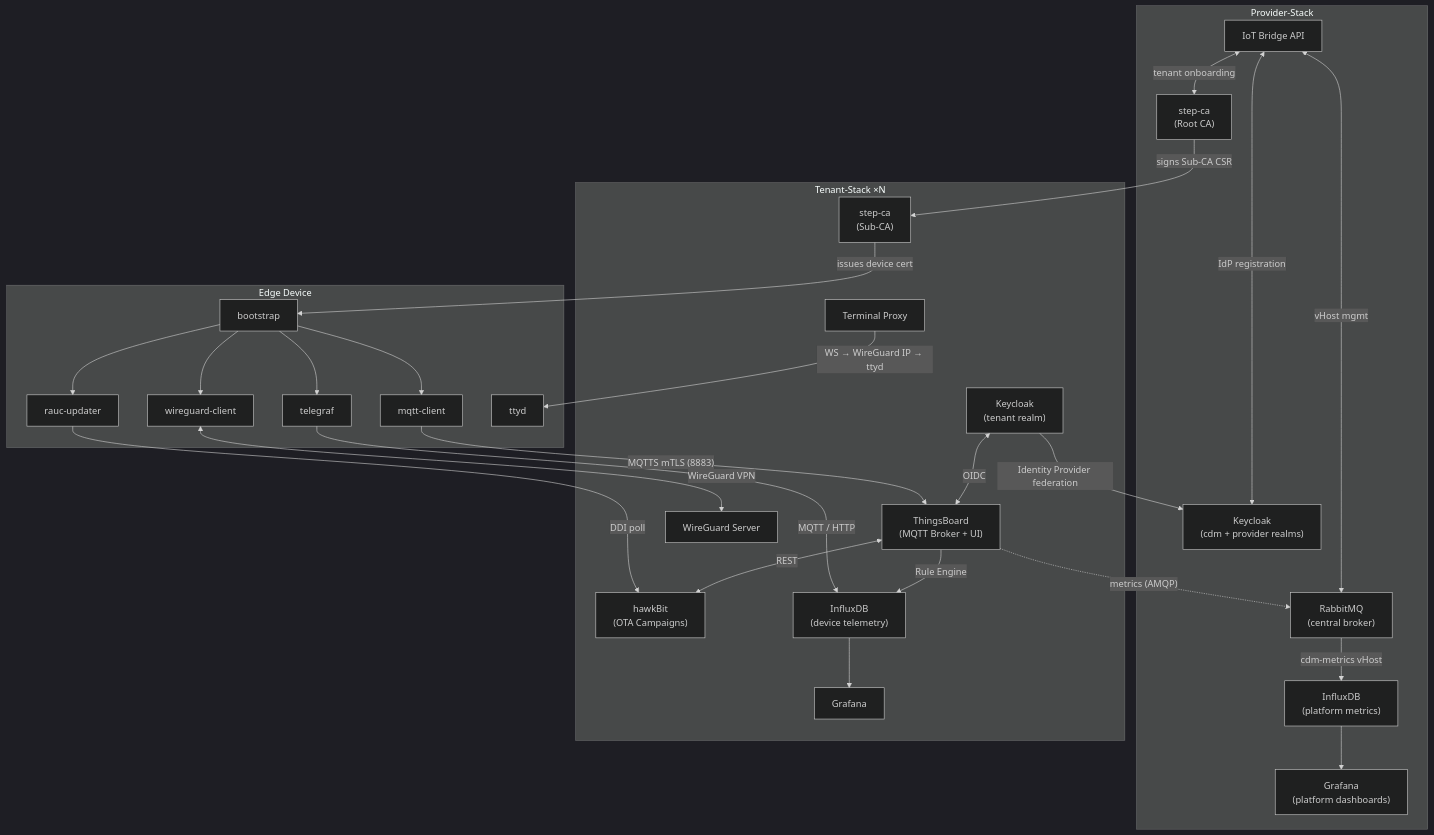
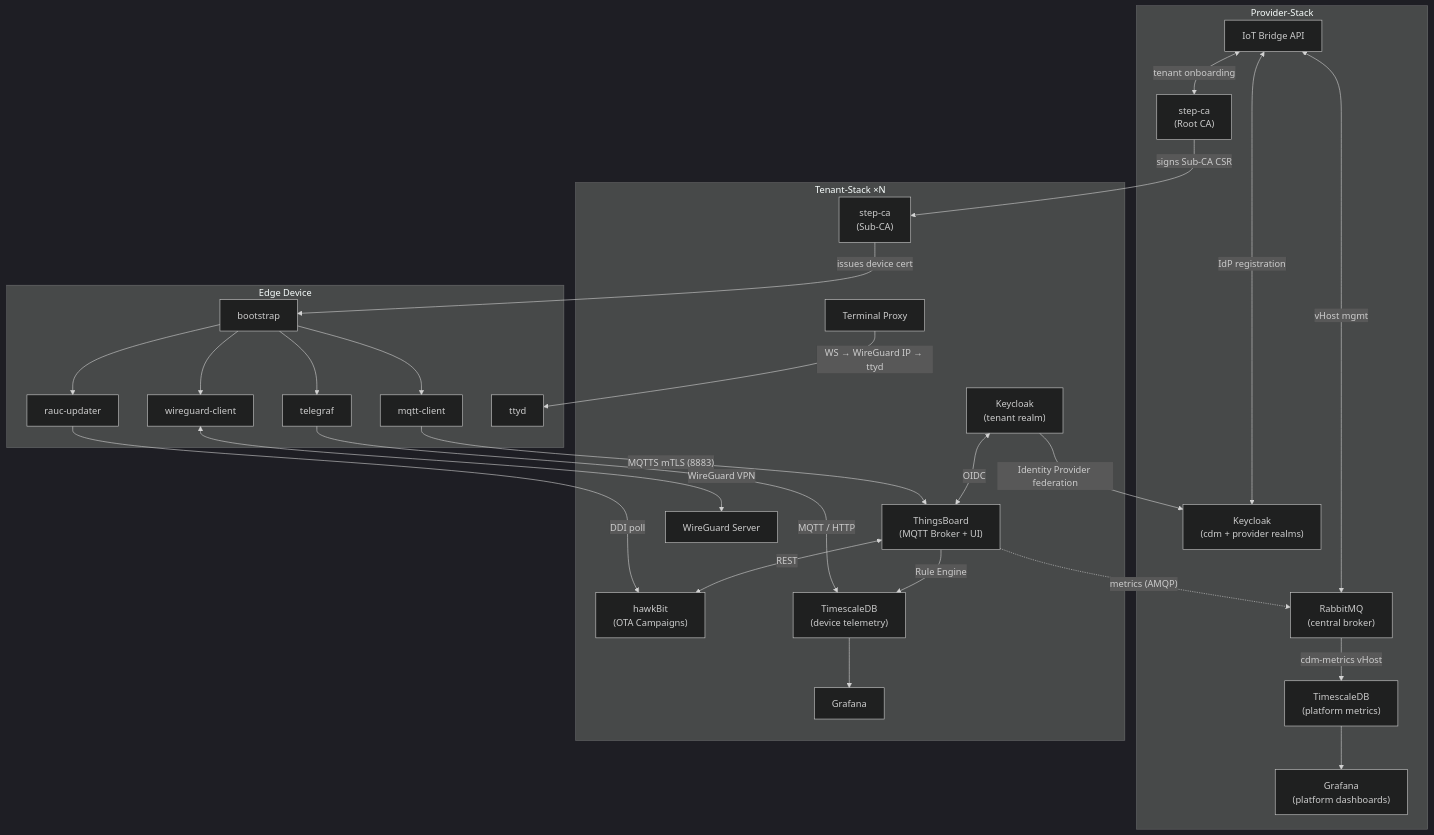
One commit to the78mole/complete-device-management changed the first of 5 diagrams in docs/architecture/index.md. Above: the diagram before and after it, drawn with Mermaid (dark theme). The commit also changed other lines of this file and 34 other files, not shown here.

First line of the commit message:
Refactor provider and tenant stacks to replace InfluxDB with TimescaleDB

````diff
--- a/docs/architecture/index.md
+++ b/docs/architecture/index.md
@@ -17,64 +17,64 @@
 ```mermaid
 graph TB
     subgraph provider["Provider-Stack"]
         KC_P["Keycloak<br>(cdm + provider realms)"]
         RMQ["RabbitMQ<br>(central broker)"]
-        IDB_P["InfluxDB<br>(platform metrics)"]
+        IDB_P["TimescaleDB<br>(platform metrics)"]
         GRF_P["Grafana<br>(platform dashboards)"]
         SCA_P["step-ca<br>(Root CA)"]
         IBA["IoT Bridge API"]
     end
 
     subgraph tenant["Tenant-Stack  ×N"]
         KC_T["Keycloak<br>(tenant realm)"]
         TB["ThingsBoard<br>(MQTT Broker + UI)"]
         HB["hawkBit<br>(OTA Campaigns)"]
         SCA_T["step-ca<br>(Sub-CA)"]
         WGS["WireGuard Server"]
-        IDB_T["InfluxDB<br>(device telemetry)"]
+        IDB_T["TimescaleDB<br>(device telemetry)"]
         GRF_T["Grafana"]
         TXP["Terminal Proxy"]
 
         KC_T <-->|OIDC| TB
         TB <-->|REST| HB
         TB -->|Rule Engine| IDB_T
         IDB_T --> GRF_T
     end
 
     subgraph device["Edge Device"]
         BST["bootstrap"]
         WGC["wireguard-client"]
         MQC["mqtt-client"]
         TLG["telegraf"]
         RAU["rauc-updater"]
         TTD["ttyd"]
         BST --> WGC
         BST --> MQC
         BST --> TLG
         BST --> RAU
     end
 
     %% PKI chain
     SCA_P -->|"signs Sub-CA CSR"| SCA_T
     SCA_T -->|"issues device cert"| BST
 
     %% Keycloak federation
     KC_T -->|"Identity Provider federation"| KC_P
 
     %% Device connections
     MQC -->|"MQTTS mTLS (8883)"| TB
     WGC <-->|"WireGuard VPN"| WGS
     TLG -->|"MQTT / HTTP"| IDB_T
     RAU -->|"DDI poll"| HB
     TXP -->|"WS → WireGuard IP → ttyd"| TTD
 
     %% Tenant → Provider
     TB -.->|"metrics (AMQP)"| RMQ
     RMQ -->|"cdm-metrics vHost"| IDB_P
     IDB_P --> GRF_P
 
     %% Management
     IBA <-->|"tenant onboarding"| SCA_P
     IBA <-->|"vHost mgmt"| RMQ
     IBA <-->|"IdP registration"| KC_P
 ```
````
